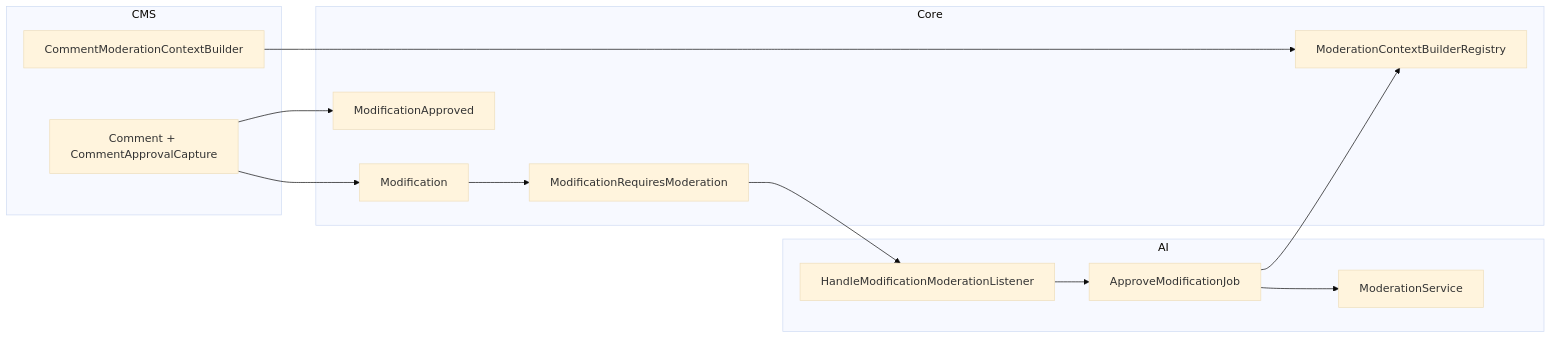
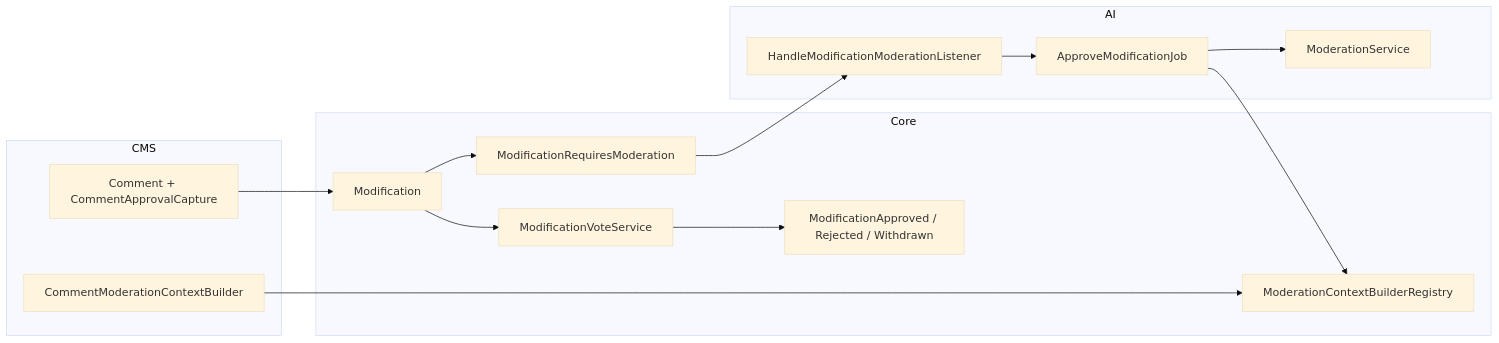
The fifth of 8 diagrams in docs/EVENT_ORCHESTRATION.md (swolley/laraplate-core), drawn with Mermaid (base theme) before and after one commit. The commit also changed other lines of this file and 5 other files, not shown here.

````diff
--- a/docs/EVENT_ORCHESTRATION.md
+++ b/docs/EVENT_ORCHESTRATION.md
@@ -191,26 +191,28 @@
 ```mermaid
 flowchart LR
     subgraph CMS
         Comment[Comment + CommentApprovalCapture]
         Builder[CommentModerationContextBuilder]
     end
     subgraph Core
         Mod[Modification]
         Ev[ModificationRequiresModeration]
         Reg[ModerationContextBuilderRegistry]
-        EvA[ModificationApproved]
+        Vote[ModificationVoteService]
+        EvA[ModificationApproved / Rejected / Withdrawn]
     end
     subgraph AI
         L[HandleModificationModerationListener]
         J[ApproveModificationJob]
         S[ModerationService]
     end
     Comment --> Mod
     Mod --> Ev
     Builder --> Reg
     Ev --> L
     L --> J
     J --> Reg
     J --> S
-    Comment --> EvA
+    Mod --> Vote
+    Vote --> EvA
 ```
````
